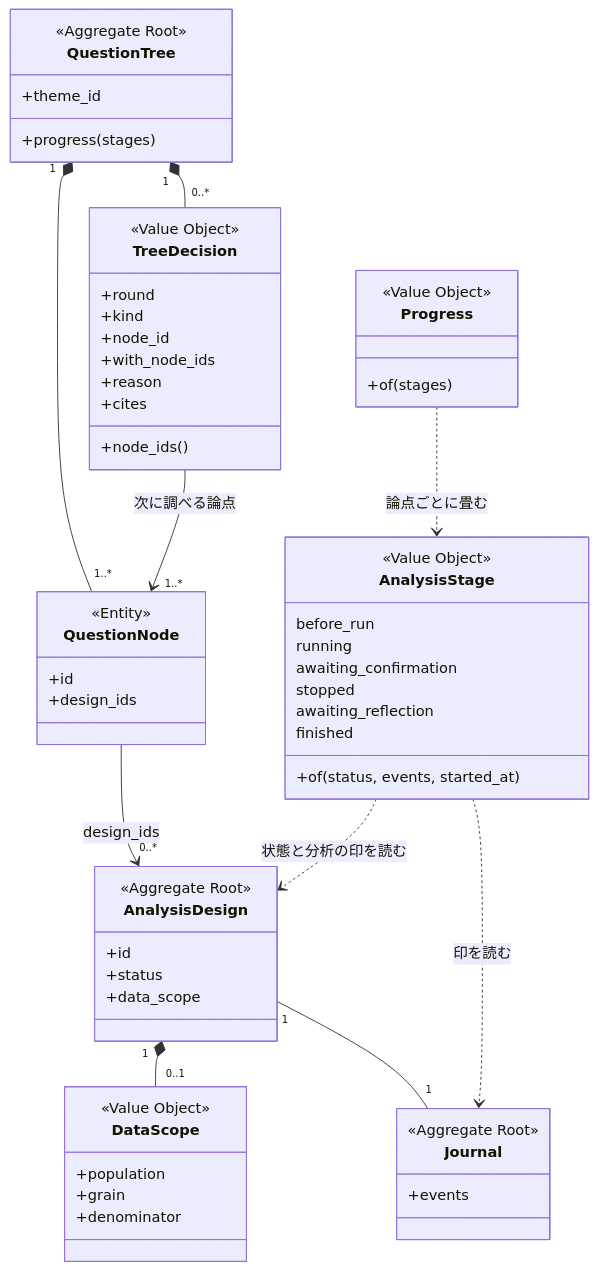
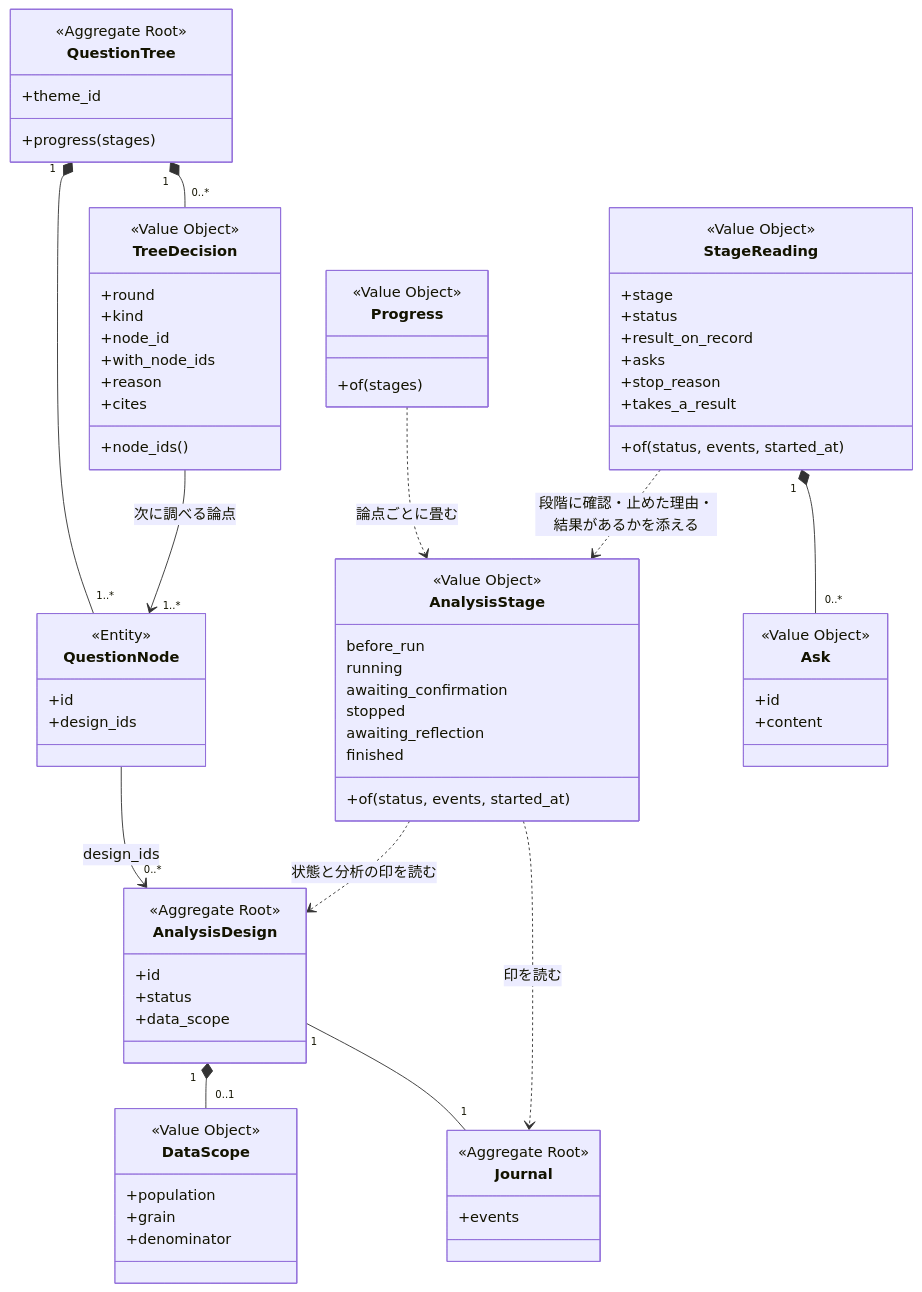
One commit to etoyama/insight-blueprint-skills changed the second of 4 diagrams in docs/design/epic-35-hand-over-questions.md. Above: the diagram before and after it, drawn with Mermaid. The commit also changed other lines of this file and 6 other files, not shown here.

First line of the commit message:
refactor(stage): StageReading と Ask を models.analysis_stage に移し、Domain Model に値オブジェクトとして載せる (Refs #284)

````diff
--- a/docs/design/epic-35-hand-over-questions.md
+++ b/docs/design/epic-35-hand-over-questions.md
@@ -294,62 +294,79 @@
 ```mermaid
 classDiagram
     class QuestionTree {
         <<Aggregate Root>>
         +theme_id
         +progress(stages)
     }
     class QuestionNode {
         <<Entity>>
         +id
         +design_ids
     }
     class TreeDecision {
         <<Value Object>>
         +round
         +kind
         +node_id
         +with_node_ids
         +reason
         +cites
         +node_ids()
     }
     class AnalysisDesign {
         <<Aggregate Root>>
         +id
         +status
         +data_scope
     }
     class DataScope {
         <<Value Object>>
         +population
         +grain
         +denominator
     }
     class Journal {
         <<Aggregate Root>>
         +events
     }
     class AnalysisStage {
         <<Value Object>>
         before_run
         running
         awaiting_confirmation
         stopped
         awaiting_reflection
         finished
         +of(status, events, started_at)
     }
+    class StageReading {
+        <<Value Object>>
+        +stage
+        +status
+        +result_on_record
+        +asks
+        +stop_reason
+        +of(status, events, started_at)
+        +takes_a_result
+    }
+    class Ask {
+        <<Value Object>>
+        +id
+        +content
+    }
     class Progress {
         <<Value Object>>
         +of(stages)
     }
     QuestionTree "1" *-- "1..*" QuestionNode
     QuestionTree "1" *-- "0..*" TreeDecision
     TreeDecision --> "1..*" QuestionNode : 次に調べる論点
     QuestionNode --> "0..*" AnalysisDesign : design_ids
     AnalysisDesign "1" *-- "0..1" DataScope
     AnalysisDesign "1" -- "1" Journal
     AnalysisStage ..> AnalysisDesign : 状態と分析の印を読む
     AnalysisStage ..> Journal : 印を読む
     Progress ..> AnalysisStage : 論点ごとに畳む
+    StageReading ..> AnalysisStage : 段階に確認・止めた理由・結果があるかを添える
+    StageReading "1" *-- "0..*" Ask
 ```
````
